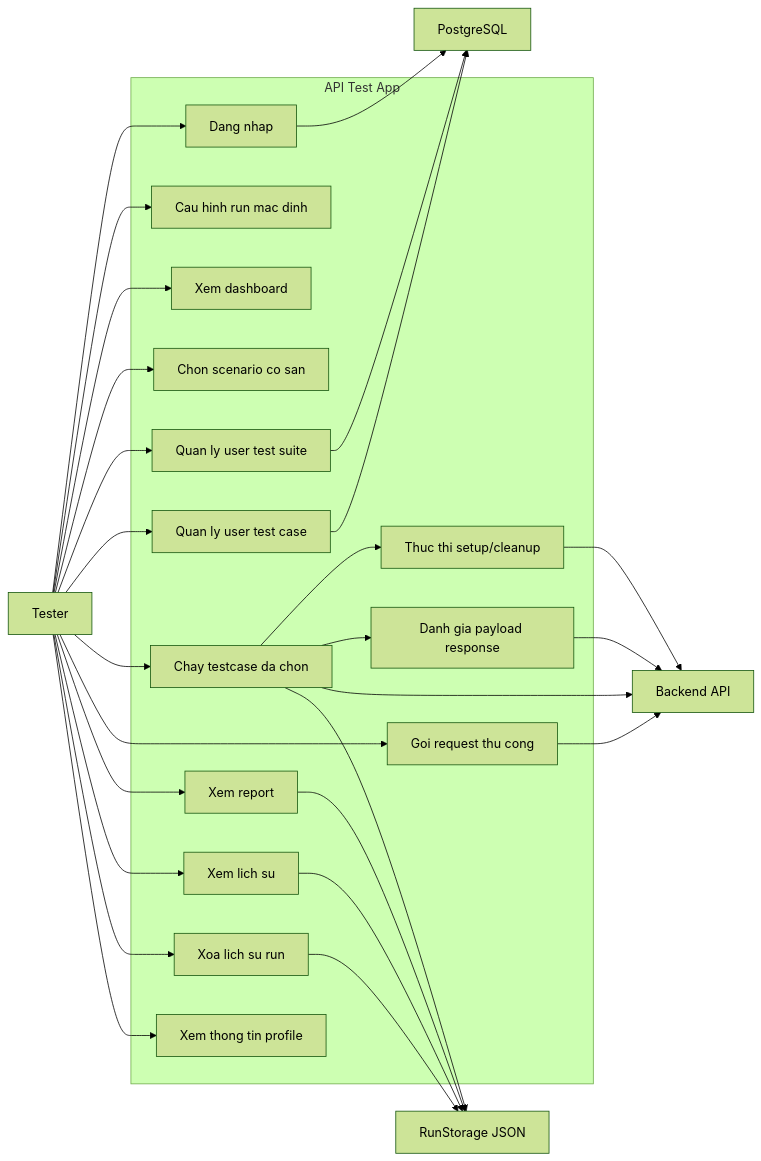
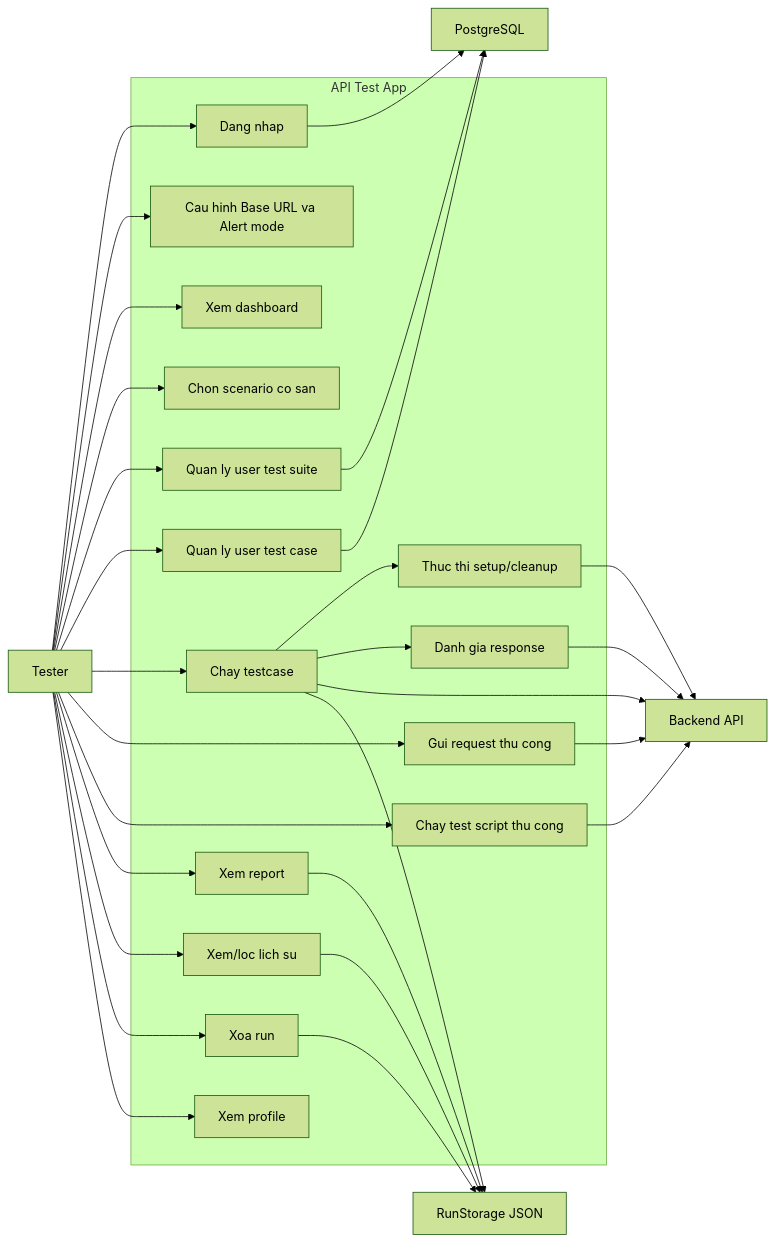
The diagram in docs/USECASE_TONG_QUAT.md (leviettien61251/api-test-app), drawn with Mermaid (forest theme) before and after one commit. The commit also changed other lines of this file and 8 other files, not shown here.

````diff
--- a/docs/USECASE_TONG_QUAT.md
+++ b/docs/USECASE_TONG_QUAT.md
@@ -21,51 +19,54 @@
 ```mermaid
 flowchart LR
     tester["Tester"]
     backend["Backend API"]
     db["PostgreSQL"]
     storage["RunStorage JSON"]
 
     subgraph app["API Test App"]
         uc1["Dang nhap"]
-        uc2["Cau hinh run mac dinh"]
+        uc2["Cau hinh Base URL va Alert mode"]
         uc3["Xem dashboard"]
         uc4["Chon scenario co san"]
         uc5["Quan ly user test suite"]
         uc6["Quan ly user test case"]
-        uc7["Chay testcase da chon"]
+        uc7["Chay testcase"]
         uc8["Thuc thi setup/cleanup"]
-        uc8b["Danh gia payload response"]
-        uc9["Goi request thu cong"]
-        uc10["Xem report"]
-        uc11["Xem lich su"]
-        uc12["Xoa lich su run"]
-        uc13["Xem thong tin profile"]
+        uc9["Danh gia response"]
+        uc10["Gui request thu cong"]
+        uc11["Chay test script thu cong"]
+        uc12["Xem report"]
+        uc13["Xem/loc lich su"]
+        uc14["Xoa run"]
+        uc15["Xem profile"]
     end
 
     tester --> uc1
     tester --> uc2
     tester --> uc3
     tester --> uc4
     tester --> uc5
     tester --> uc6
     tester --> uc7
-    tester --> uc9
     tester --> uc10
     tester --> uc11
     tester --> uc12
     tester --> uc13
+    tester --> uc14
+    tester --> uc15
 
     uc1 --> db
     uc5 --> db
     uc6 --> db
     uc7 --> uc8
-    uc7 --> uc8b
+    uc7 --> uc9
     uc7 --> backend
     uc8 --> backend
-    uc8b --> backend
+    uc9 --> backend
     uc7 --> storage
-    uc9 --> backend
-    uc10 --> storage
-    uc11 --> storage
+    uc10 --> backend
+    uc11 --> backend
     uc12 --> storage
+    uc13 --> storage
+    uc14 --> storage
 ```
````
